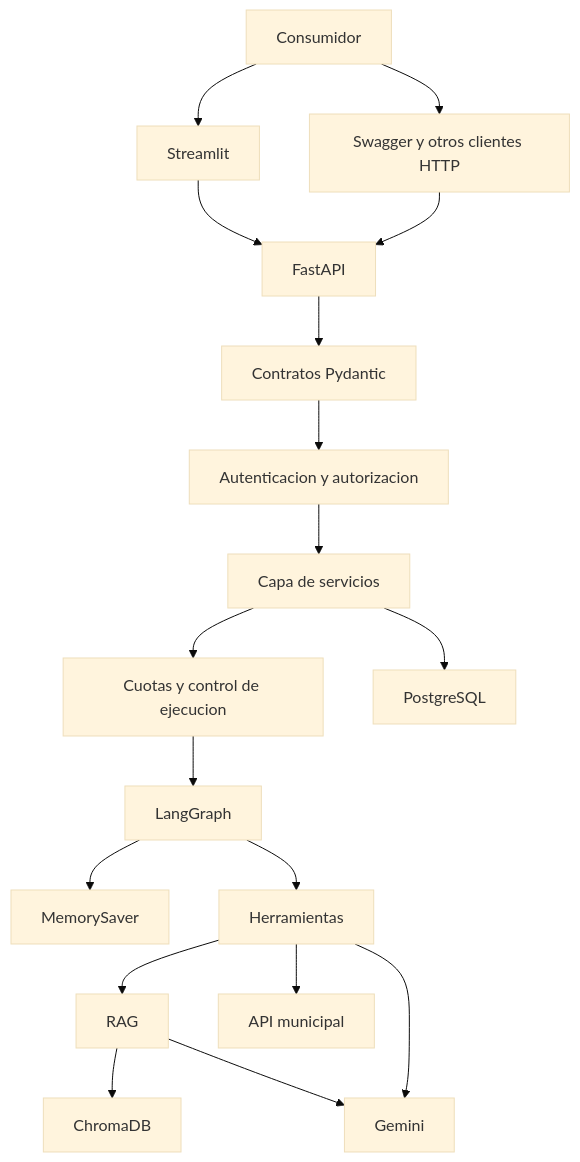
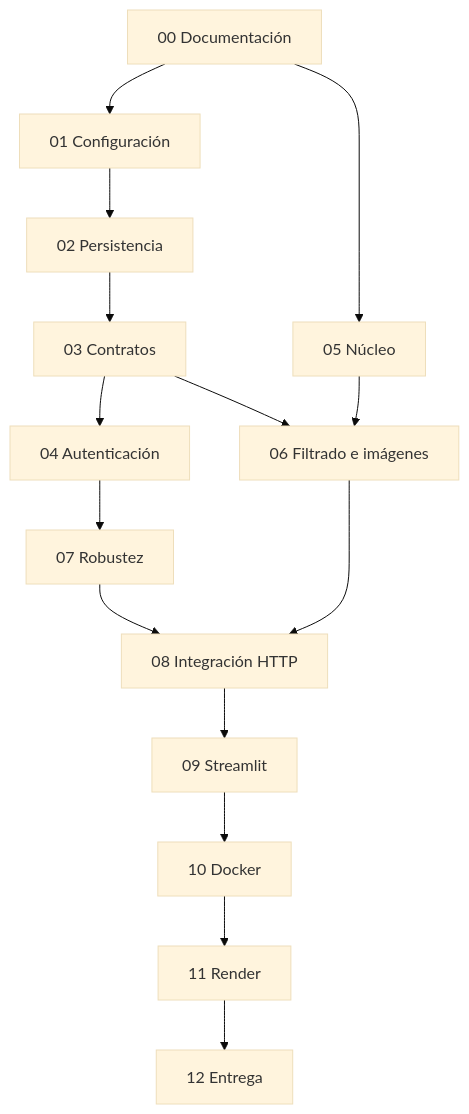
One commit to alex-bometon/pb03_equipo18 changed the diagram in docs/plan-trabajo-pb03.md. Above: the diagram before and after it, drawn with Mermaid (base theme). The commit also changed other lines of this file and 5 other files, not shown here.

````diff
--- a/docs/plan-trabajo-pb03.md
+++ b/docs/plan-trabajo-pb03.md
@@ -181,25 +313,17 @@
-```mermaid
+```mermaid id="c6pb03"
 flowchart TD
-    U[Consumidor] --> S[Streamlit]
-    U --> W[Swagger y otros clientes HTTP]
-
-    S --> A[FastAPI]
-    W --> A
-
-    A --> C[Contratos Pydantic]
-    C --> SEC[Autenticacion y autorizacion]
-    SEC --> O[Capa de servicios]
-
-    O --> LIM[Cuotas y control de ejecucion]
-    O --> P[PostgreSQL]
-    LIM --> G[LangGraph]
-
-    G --> M[MemorySaver]
-    G --> T[Herramientas]
-    T --> R[RAG]
-    R --> CH[ChromaDB]
-
-    R --> GE[Gemini]
-    T --> GE
-    T --> AM[API municipal]
+    F00[00 Documentación] --> F01[01 Configuración]
+    F00 --> F05[05 Núcleo]
+    F01 --> F02[02 Persistencia]
+    F02 --> F03[03 Contratos]
+    F03 --> F04[04 Autenticación]
+    F03 --> F06[06 Filtrado e imágenes]
+    F05 --> F06
+    F04 --> F07[07 Robustez]
+    F06 --> F08[08 Integración HTTP]
+    F07 --> F08
+    F08 --> F09[09 Streamlit]
+    F09 --> F10[10 Docker]
+    F10 --> F11[11 Render]
+    F11 --> F12[12 Entrega]
 ```
````
